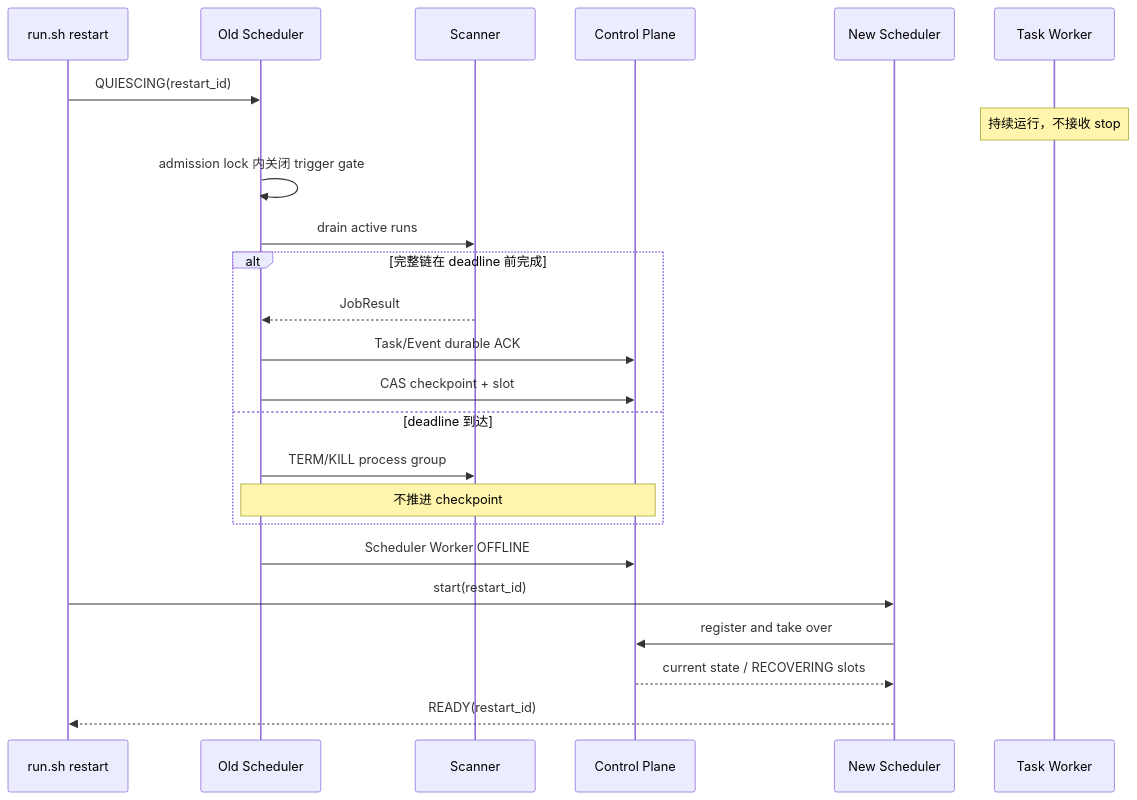
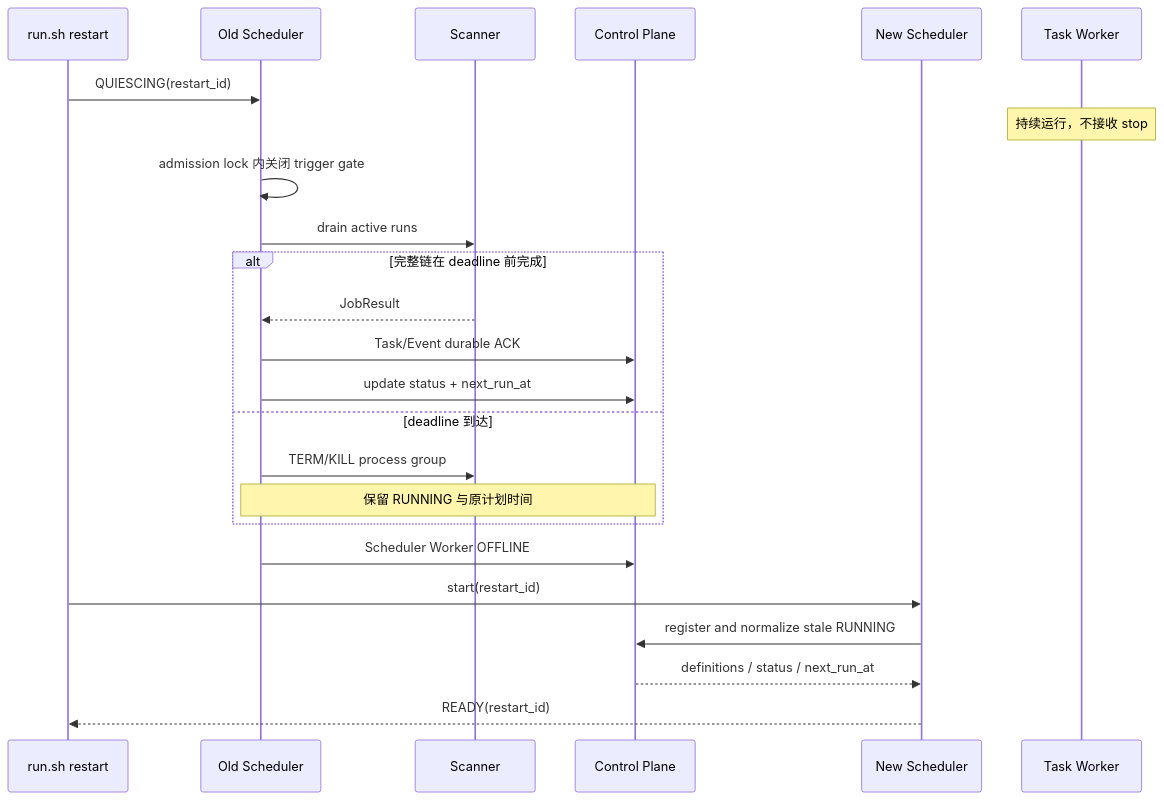
One commit to aliyun/terraform-provider-alicloud changed the second of 2 diagrams in docs/superpowers/specs/2026-07-20-bridge-scheduler-refactor-design.md. Above: the diagram before and after it, drawn with Mermaid. The commit also changed other lines of this file, not shown here.

````diff
--- a/docs/superpowers/specs/2026-07-20-bridge-scheduler-refactor-design.md
+++ b/docs/superpowers/specs/2026-07-20-bridge-scheduler-refactor-design.md
@@ -361,27 +349,27 @@
 ```mermaid
 sequenceDiagram
     participant CLI as run.sh restart
     participant Old as Old Scheduler
     participant Scan as Scanner
     participant CP as Control Plane
     participant New as New Scheduler
     participant TW as Task Worker
 
     CLI->>Old: QUIESCING(restart_id)
     Note over TW: 持续运行，不接收 stop
     Old->>Old: admission lock 内关闭 trigger gate
     Old->>Scan: drain active runs
     alt 完整链在 deadline 前完成
         Scan-->>Old: JobResult
         Old->>CP: Task/Event durable ACK
-        Old->>CP: CAS checkpoint + slot
+        Old->>CP: update status + next_run_at
     else deadline 到达
         Old->>Scan: TERM/KILL process group
-        Note over Old,CP: 不推进 checkpoint
+        Note over Old,CP: 保留 RUNNING 与原计划时间
     end
     Old->>CP: Scheduler Worker OFFLINE
     CLI->>New: start(restart_id)
-    New->>CP: register and take over
-    CP-->>New: current state / RECOVERING slots
+    New->>CP: register and normalize stale RUNNING
+    CP-->>New: definitions / status / next_run_at
     New-->>CLI: READY(restart_id)
 ```
````
